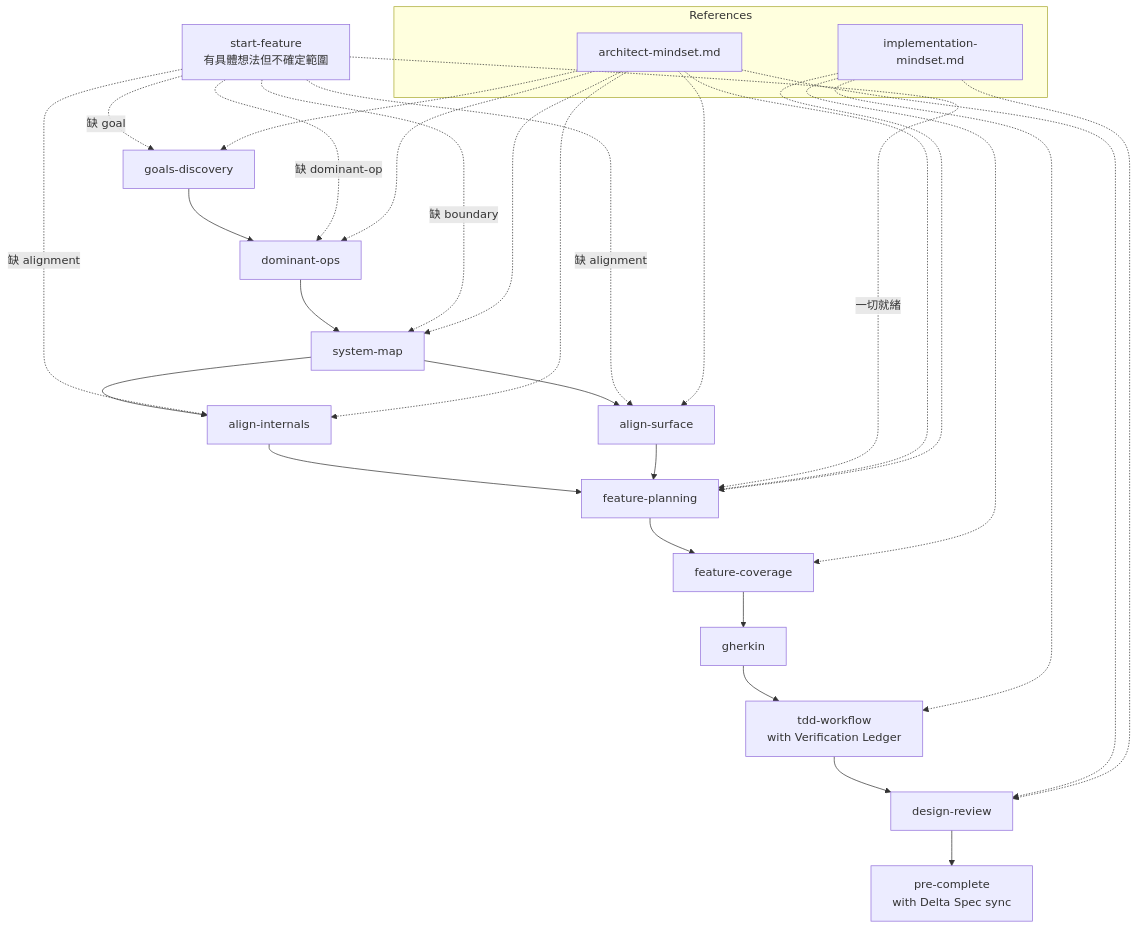
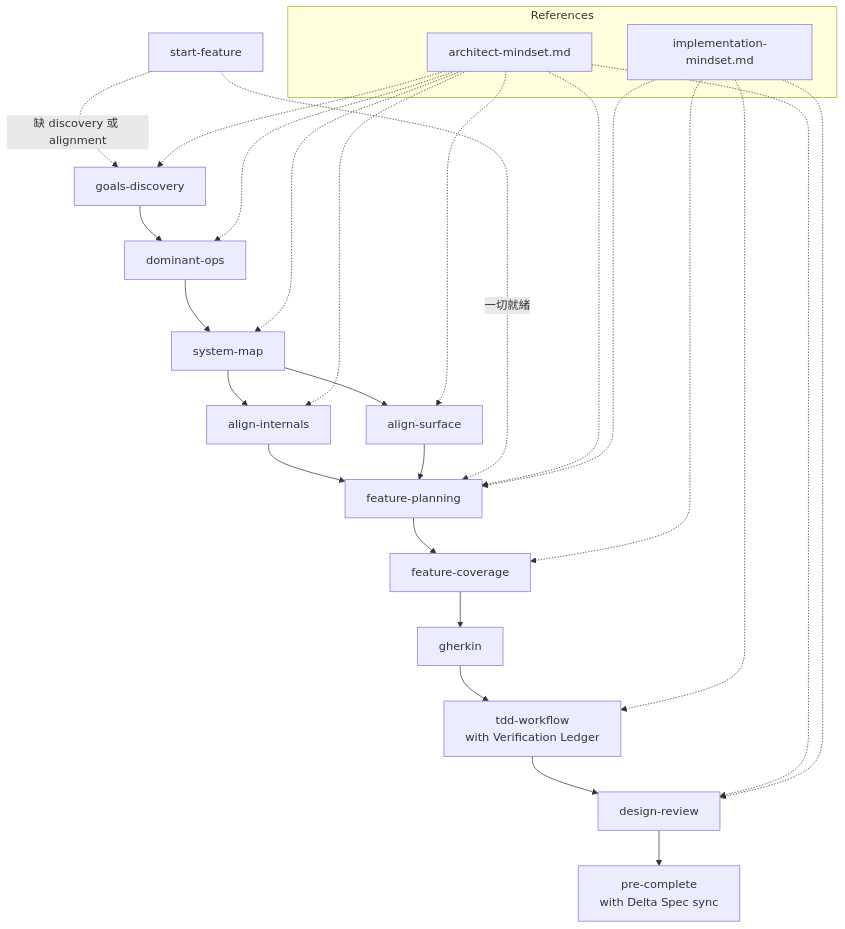
One commit to class83108/spec-to-quality changed the diagram in plugins/insight-to-quality/CLAUDE.md. Above: the diagram before and after it, drawn with Mermaid. The commit also changed 1 other file, not shown here.

Commit message:
fix: 簡化 mermaid 圖中 start-feature 的連線
6 條箭頭穿越主流程造成排版混亂，改為 2 條：
缺 discovery/alignment → 路由回 G（discovery 入口）
一切就緒 → 直接進 feature-planning

詳細路由邏輯保留在 start-feature SKILL.md

````diff
--- a/plugins/insight-to-quality/CLAUDE.md
+++ b/plugins/insight-to-quality/CLAUDE.md
@@ -11,28 +11,24 @@
 ```mermaid
 flowchart TD
     subgraph refs[References]
         AM[architect-mindset.md]
         IM[implementation-mindset.md]
     end
 
     G[goals-discovery] --> D[dominant-ops]
     D --> S[system-map]
     S --> AI[align-internals]
     S --> AS[align-surface]
     AI & AS --> FP[feature-planning]
     FP --> FC[feature-coverage]
     FC --> GH[gherkin]
     GH --> TDD[tdd-workflow<br/>with Verification Ledger]
     TDD --> DR[design-review]
     DR --> PC[pre-complete<br/>with Delta Spec sync]
 
-    SF[start-feature<br/>有具體想法但不確定範圍] -.->|缺 goal| G
-    SF -.->|缺 dominant-op| D
-    SF -.->|缺 boundary| S
-    SF -.->|缺 alignment| AI
-    SF -.->|缺 alignment| AS
+    SF[start-feature] -.->|缺 discovery 或 alignment| G
     SF -.->|一切就緒| FP
 
     AM -.-> G & D & S & AI & AS & FP & DR
     IM -.-> FP & FC & TDD & DR
 ```
````
